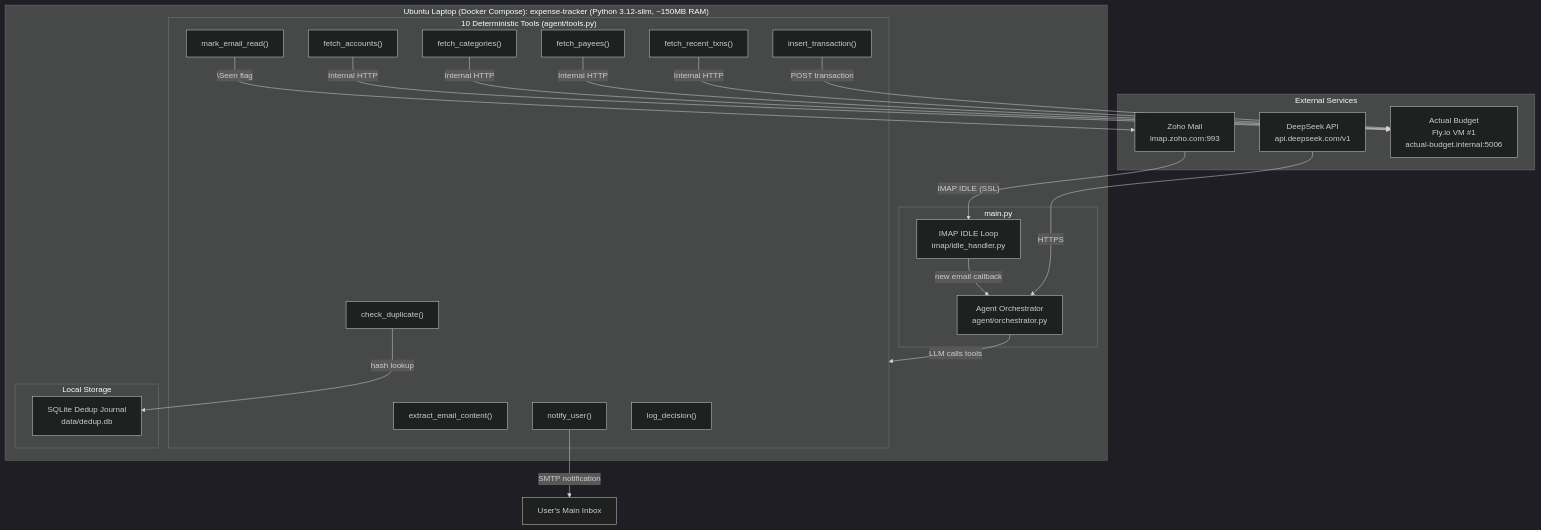
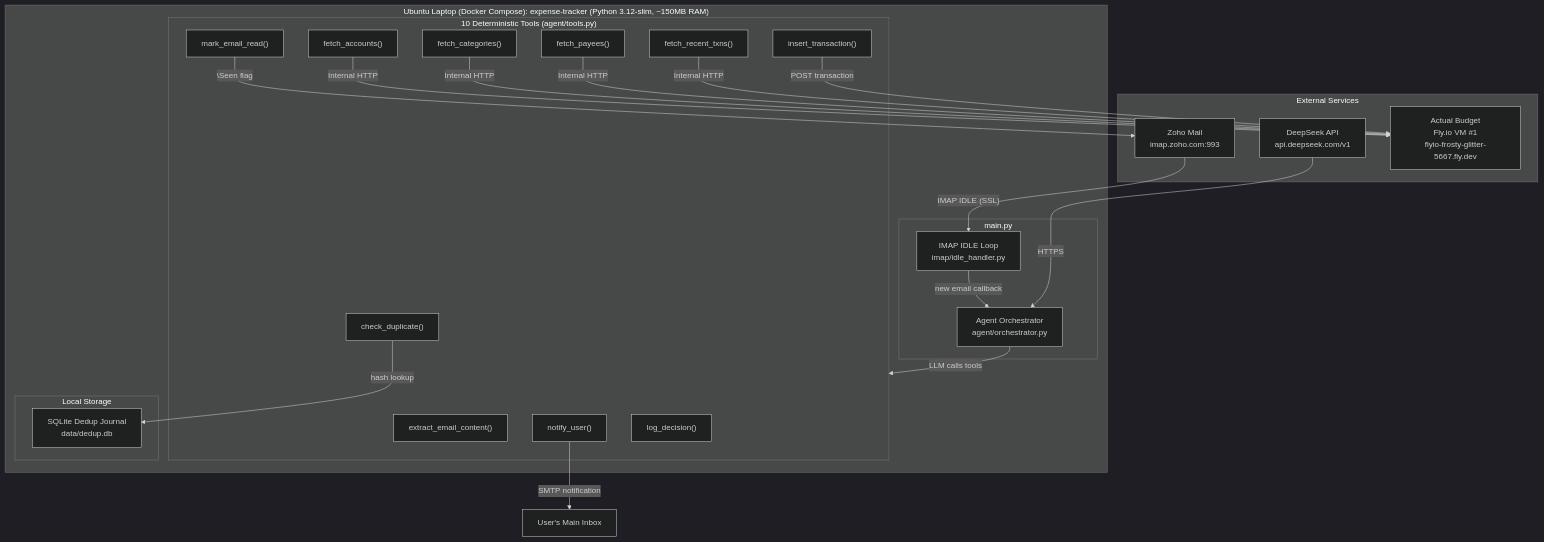
One commit to darrencjh8/darren-openclaw changed the first of 9 diagrams in design.md. Above: the diagram before and after it, drawn with Mermaid (dark theme). The commit also changed 6 other files, not shown here.

````diff
--- a/design.md
+++ b/design.md
@@ -92,43 +92,43 @@
 ```mermaid
 graph TB
     subgraph External["External Services"]
         Zoho["Zoho Mail<br/>imap.zoho.com:993"]
         DeepSeek["DeepSeek API<br/>api.deepseek.com/v1"]
-        AB["Actual Budget<br/>Fly.io VM #1<br/>actual-budget.internal:5006"]
+        AB["Actual Budget<br/>Fly.io VM #1<br/>flyio-frosty-glitter-5667.fly.dev"]
     end
 
     subgraph OpenClaw["Ubuntu Laptop (Docker Compose): expense-tracker (Python 3.12-slim, ~150MB RAM)"]
         subgraph Main["main.py"]
             IMAP["IMAP IDLE Loop<br/>imap/idle_handler.py"]
             Orch["Agent Orchestrator<br/>agent/orchestrator.py"]
             IMAP -->|"new email callback"| Orch
         end
 
         subgraph Tools["10 Deterministic Tools (agent/tools.py)"]
             T1["extract_email_content()"]
             T2["fetch_accounts()"]
             T3["fetch_categories()"]
             T4["fetch_payees()"]
             T5["fetch_recent_txns()"]
             T6["insert_transaction()"]
             T7["check_duplicate()"]
             T8["mark_email_read()"]
             T9["notify_user()"]
             T10["log_decision()"]
         end
 
         Orch -->|"LLM calls tools"| Tools
 
         subgraph Storage["Local Storage"]
             SQLite["SQLite Dedup Journal<br/>data/dedup.db"]
         end
     end
 
     Zoho -->|"IMAP IDLE (SSL)"| IMAP
     DeepSeek -->|"HTTPS"| Orch
     T2 & T3 & T4 & T5 -->|"Internal HTTP"| AB
     T6 -->|"POST transaction"| AB
     T7 -->|"hash lookup"| SQLite
     T8 -->|"\Seen flag"| Zoho
     T9 -->|"SMTP notification"| User["User's Main Inbox"]
 ```
````
